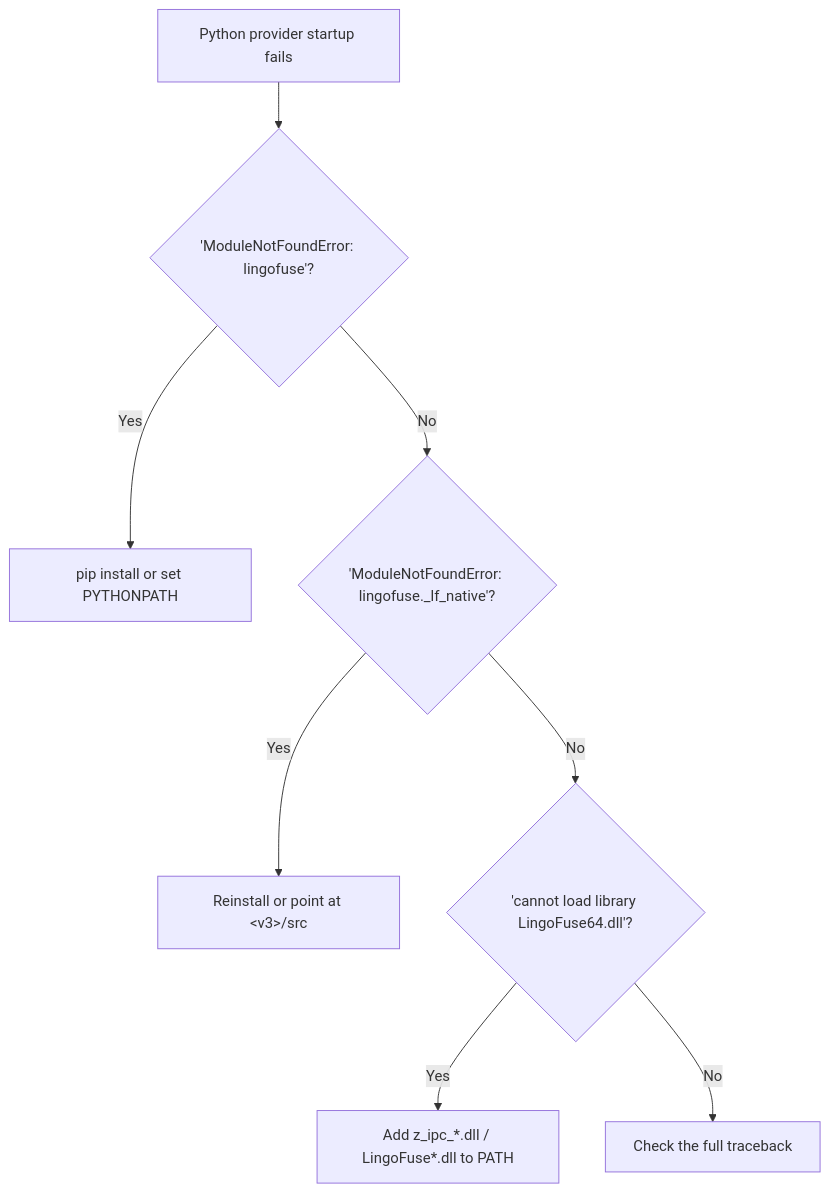
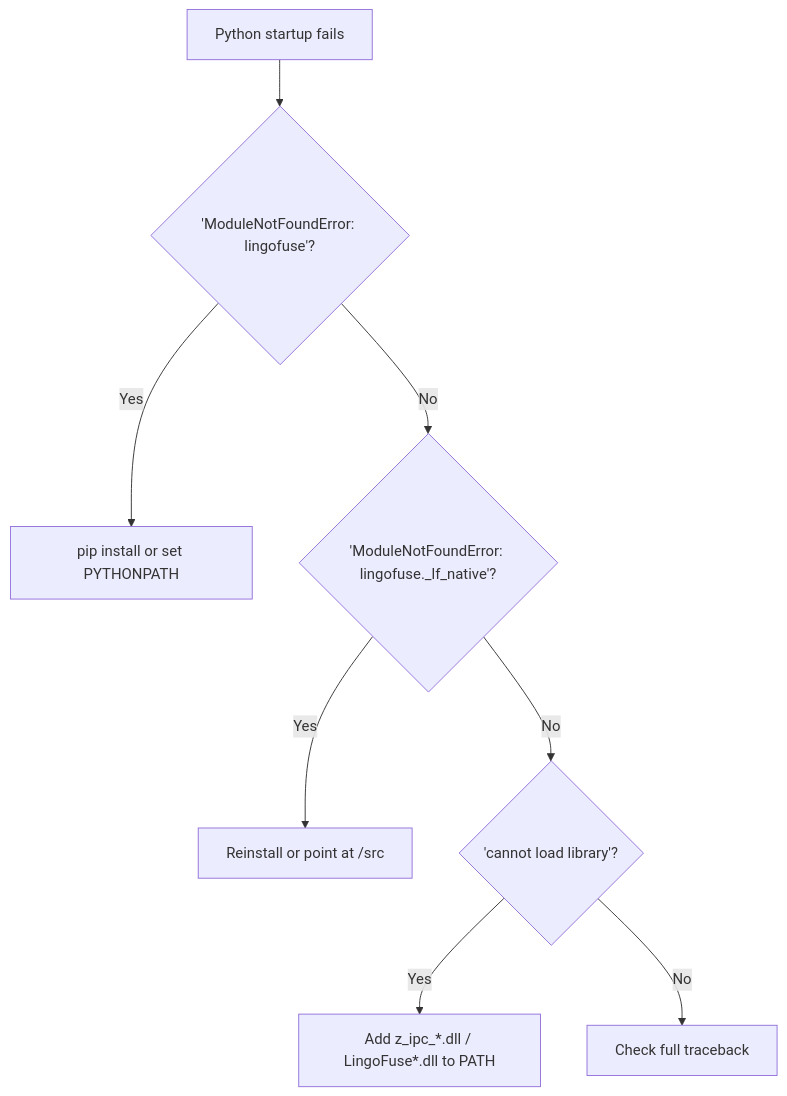
Before and after one commit to PassByYou888/LingoFuse-Tools: diagram 53 of 55 in src/pascal_c_to_mcp/code_decl_to_mcp_knowledge_base.md, drawn with Mermaid. The commit also changed other lines of this file, not shown here.

````diff
--- a/src/pascal_c_to_mcp/code_decl_to_mcp_knowledge_base.md
+++ b/src/pascal_c_to_mcp/code_decl_to_mcp_knowledge_base.md
@@ -1657,10 +2450,10 @@
 ```mermaid
 flowchart TD
-    START["Python provider startup fails"] --> Q1{"'ModuleNotFoundError: lingofuse'?"}
+    Start["Python startup fails"] --> Q1{"'ModuleNotFoundError: lingofuse'?"}
     Q1 -- Yes --> A1["pip install or set PYTHONPATH"]
     Q1 -- No --> Q2{"'ModuleNotFoundError: lingofuse._lf_native'?"}
-    Q2 -- Yes --> A2["Reinstall or point at &lt;v3&gt;/src"]
-    Q2 -- No --> Q3{"'cannot load library LingoFuse64.dll'?"}
+    Q2 -- Yes --> A2["Reinstall or point at <v3>/src"]
+    Q2 -- No --> Q3{"'cannot load library'?"}
     Q3 -- Yes --> A3["Add z_ipc_*.dll / LingoFuse*.dll to PATH"]
-    Q3 -- No --> Q4["Check the full traceback"]
+    Q3 -- No --> A4["Check full traceback"]
 ```
````
